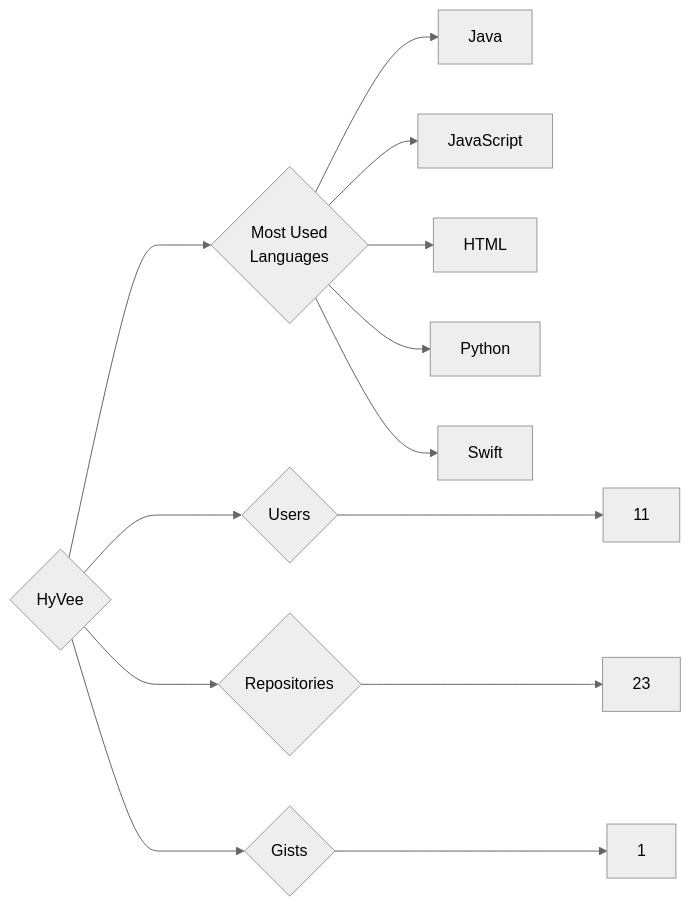
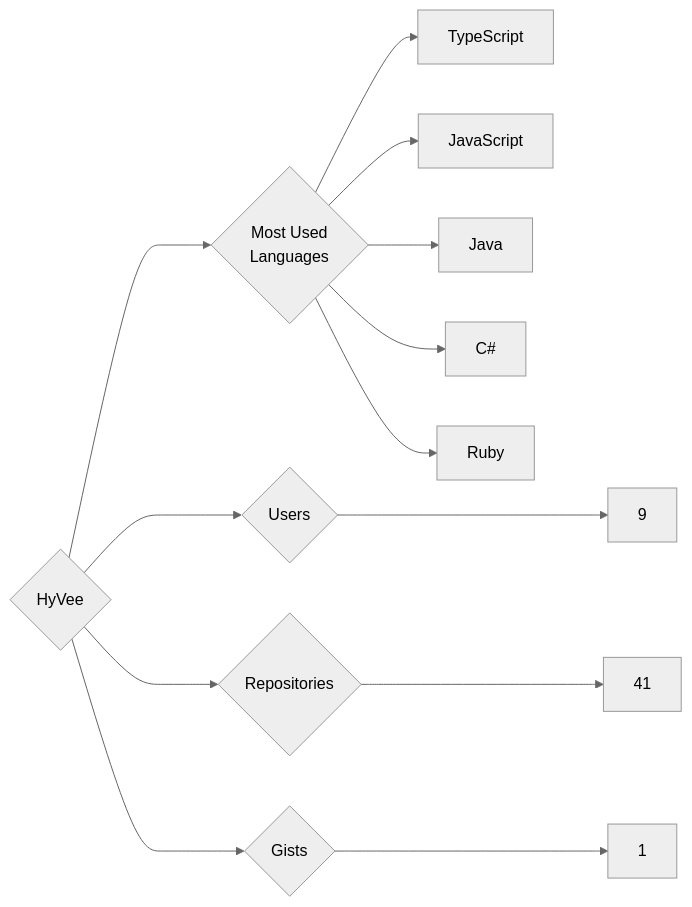
The diagram in targets/HyVee/README.md (trickest/insiders), drawn with Mermaid (neutral theme) before and after one commit. The commit also changed 1120 other files, not shown here.

````diff
--- a/targets/HyVee/README.md
+++ b/targets/HyVee/README.md
@@ -3,13 +3,13 @@
 ```mermaid
 graph LR
 COMPANY_NAME{HyVee}
-COMPANY_NAME ---> U{Users} ---> UN[11]
-COMPANY_NAME ---> R{Repositories} ---> RN[23]
+COMPANY_NAME ---> U{Users} ---> UN[9]
+COMPANY_NAME ---> R{Repositories} ---> RN[41]
 COMPANY_NAME ---> G{Gists} ---> GN[1]
 COMPANY_NAME ---> ML{Most Used<br>Languages}
+ML --> TypeScript[TypeScript]
+ML --> JavaScript[JavaScript]
 ML --> Java[Java]
-ML --> JavaScript[JavaScript]
-ML --> HTML[HTML]
-ML --> Python[Python]
-ML --> Swift[Swift]
+ML --> C#[C#]
+ML --> Ruby[Ruby]
 ```
````
